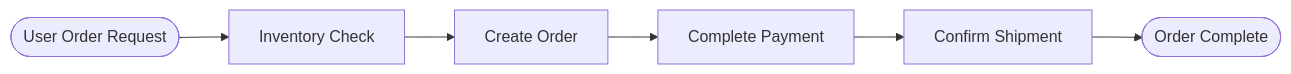
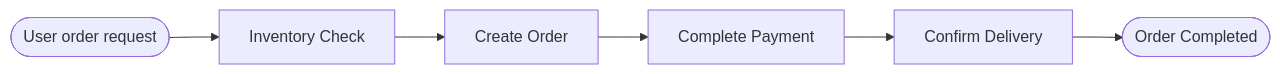
The first of 2 diagrams in docs/en/adavance-guide/graph.md (TBice123123/langchain-dev-utils), drawn with Mermaid before and after one commit. The commit also changed other lines of this file and 37 other files, not shown here.

````diff
--- a/docs/en/adavance-guide/graph.md
+++ b/docs/en/adavance-guide/graph.md
@@ -40,11 +26,11 @@
 ```mermaid
 graph LR
-    Start([User Order Request])
+    Start([User order request])
     Inv[Inventory Check]
     Ord[Create Order]
     Pay[Complete Payment]
-    Del[Confirm Shipment]
-    End([Order Complete])
+    Del[Confirm Delivery]
+    End([Order Completed])
 
     Start --> Inv --> Ord --> Pay --> Del --> End
 ```
````
